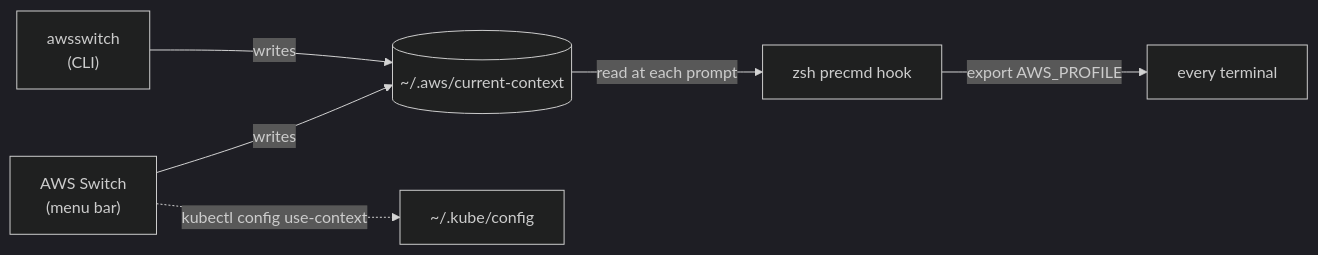
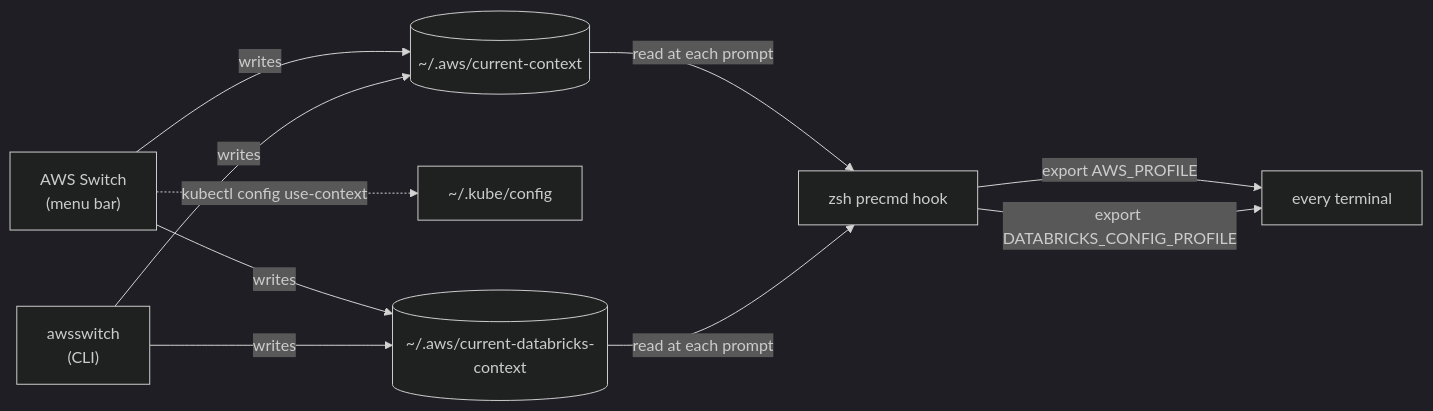
The diagram in README.md (pict0/aws-switch), drawn with Mermaid (dark theme) before and after one commit. The commit also changed other lines of this file and 8 other files, not shown here.

````diff
--- a/README.md
+++ b/README.md
@@ -63,8 +64,12 @@
 ```mermaid
 flowchart LR
     app["AWS Switch<br/>(menu bar)"] -- writes --> ctx[("~/.aws/current-context")]
     cli["awsswitch<br/>(CLI)"] -- writes --> ctx
     ctx -- "read at each prompt" --> hook["zsh precmd hook"]
     hook -- "export AWS_PROFILE" --> shells["every terminal"]
     app -. "kubectl config use-context" .-> kube["~/.kube/config"]
+    app -- writes --> dctx[("~/.aws/current-databricks-context")]
+    cli -- writes --> dctx
+    dctx -- "read at each prompt" --> hook
+    hook -- "export DATABRICKS_CONFIG_PROFILE" --> shells
 ```
````
